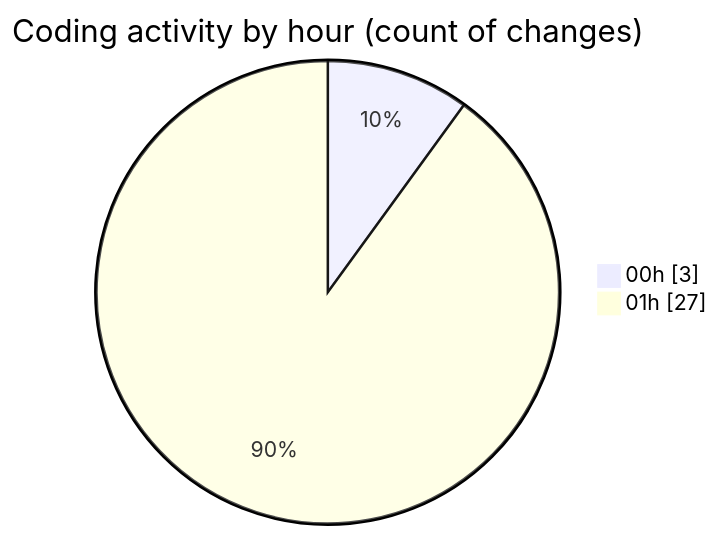
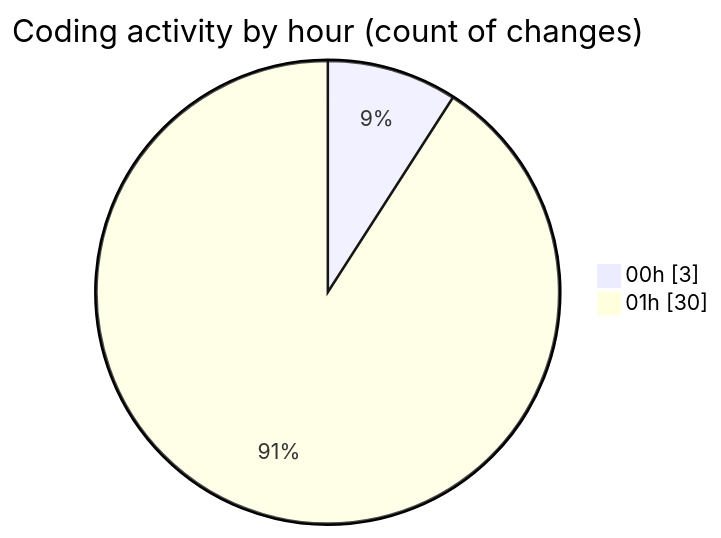
Before and after one commit to lephambinh05/code-tracking: the second of 2 diagrams in 2025-09-05/hiai-phf/README.md, drawn with Mermaid. The commit also changed other lines of this file and 1 other file, not shown here.

````diff
--- a/2025-09-05/hiai-phf/README.md
+++ b/2025-09-05/hiai-phf/README.md
@@ -40,6 +41,6 @@
 ```mermaid
 pie showData
 title Coding activity by hour (count of changes)
 "00h" : 3
-"01h" : 27
+"01h" : 30
 ```
````
